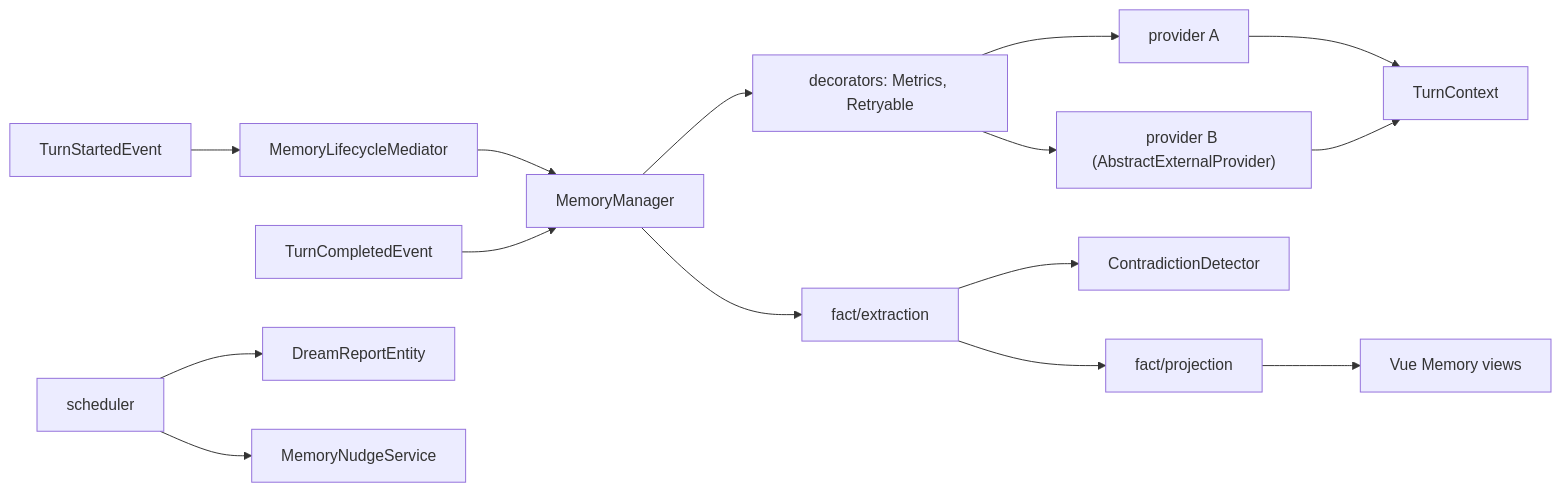
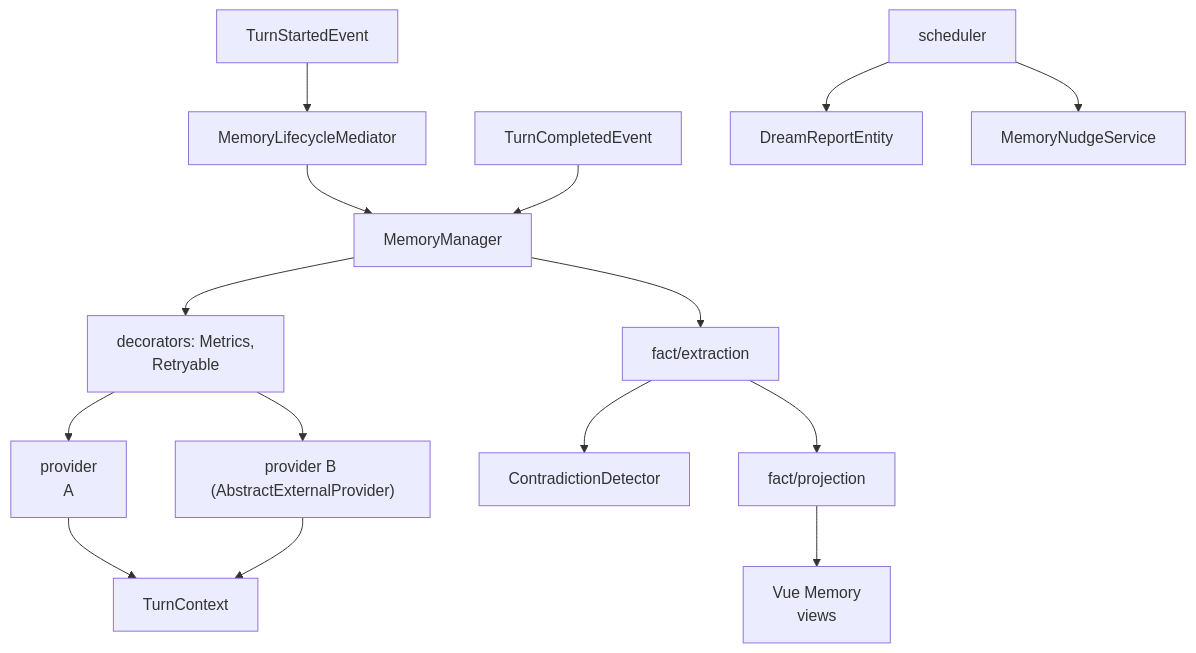
The diagram in content/systems/mateclaw.md (neoneye/agent-memory-atlas), drawn with Mermaid before and after one commit. The commit also changed 99 other files, not shown here.

First line of the commit message:
Reshape the remaining 49 diagrams so their labels are legible

````diff
--- a/content/systems/mateclaw.md
+++ b/content/systems/mateclaw.md
@@ -97,17 +97,17 @@
 ```mermaid
-flowchart LR
+flowchart TD
   Turn["TurnStartedEvent"] --> Med["MemoryLifecycleMediator"]
   Med --> Mgr["MemoryManager"]
-  Mgr --> Dec["decorators: Metrics, Retryable"]
-  Dec --> P1["provider A"]
+  Mgr --> Dec["decorators: Metrics,<br/>Retryable"]
+  Dec --> P1["provider<br/>A"]
   Dec --> P2["provider B (AbstractExternalProvider)"]
   P1 --> Ctx["TurnContext"]
   P2 --> Ctx
   Done["TurnCompletedEvent"] --> Mgr
   Mgr --> Facts["fact/extraction"]
   Facts --> Contra["ContradictionDetector"]
   Facts --> Proj["fact/projection"]
   Sched["scheduler"] --> Dream["DreamReportEntity"]
   Sched --> Nudge["MemoryNudgeService"]
-  Proj --> UI["Vue Memory views"]
+  Proj --> UI["Vue Memory<br/>views"]
 ```
````
